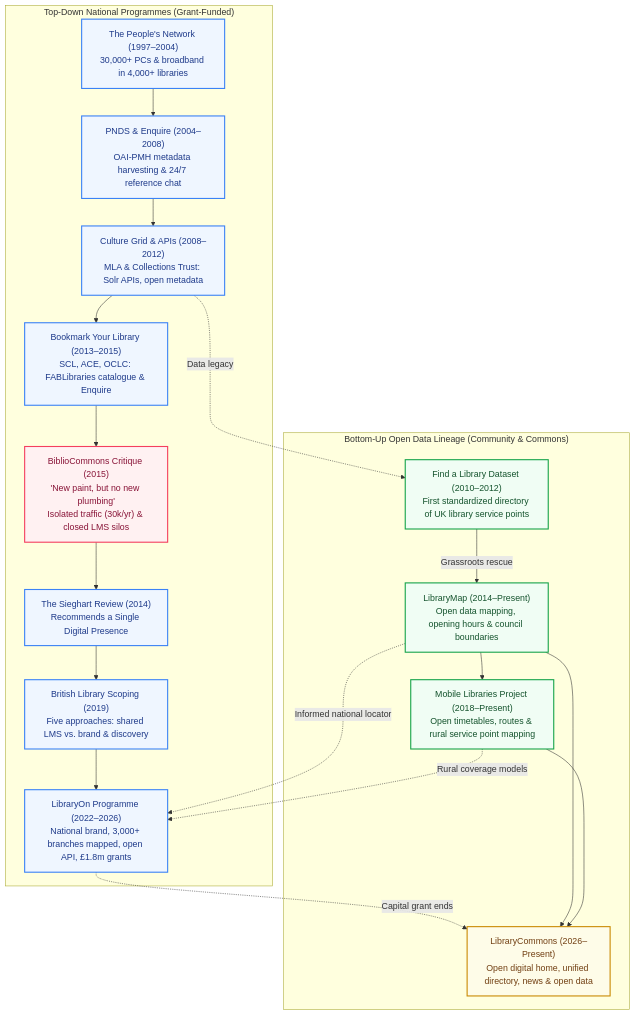
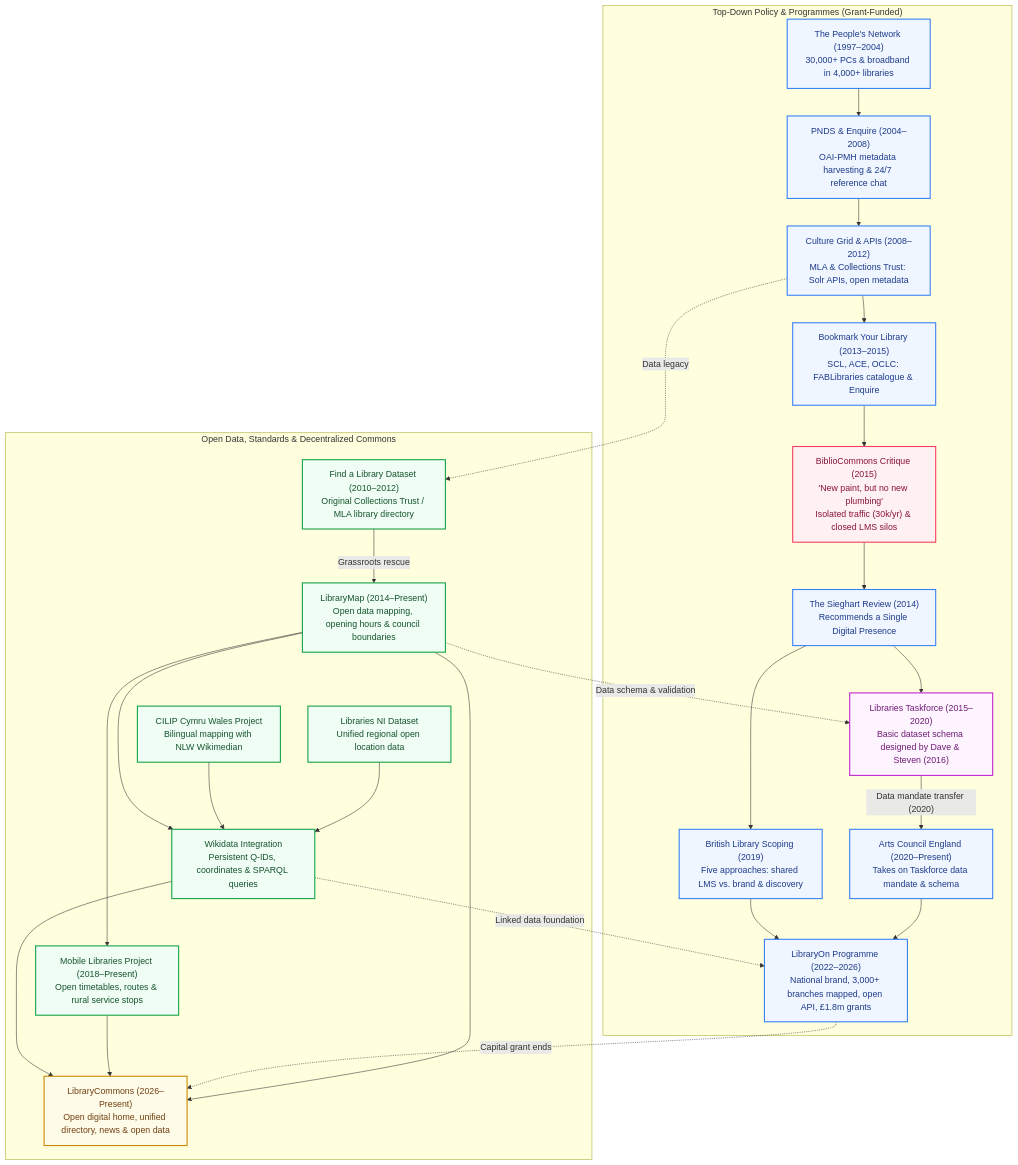
One commit to LibrariesHacked/uk-public-library-policy-archive changed the diagram in docs/blog-single-digital-presence-history.md. Above: the diagram before and after it, drawn with Mermaid. The commit also changed other lines of this file, not shown here.

Commit message:
Integrate Taskforce, CILIP Wales, Libraries NI, Wikidata, and ACE data lineage

````diff
--- a/docs/blog-single-digital-presence-history.md
+++ b/docs/blog-single-digital-presence-history.md
@@ -26,40 +27,56 @@
 ```mermaid
 flowchart TD
-    subgraph TOPDOWN ["Top-Down National Programmes (Grant-Funded)"]
+    subgraph TOPDOWN ["Top-Down Policy & Programmes (Grant-Funded)"]
         PN["The People's Network (1997–2004)<br/>30,000+ PCs & broadband in 4,000+ libraries"]
         PNDS["PNDS & Enquire (2004–2008)<br/>OAI-PMH metadata harvesting & 24/7 reference chat"]
         CG["Culture Grid & APIs (2008–2012)<br/>MLA & Collections Trust: Solr APIs, open metadata"]
         BYL["Bookmark Your Library (2013–2015)<br/>SCL, ACE, OCLC: FABLibraries catalogue & Enquire"]
         FAIL["BiblioCommons Critique (2015)<br/>'New paint, but no new plumbing'<br/>Isolated traffic (30k/yr) & closed LMS silos"]
         SR["The Sieghart Review (2014)<br/>Recommends a Single Digital Presence"]
+        TF["Libraries Taskforce (2015–2020)<br/>Basic dataset schema designed by Dave & Steven (2016)"]
+        ACE["Arts Council England (2020–Present)<br/>Takes on Taskforce data mandate & schema"]
         BL5["British Library Scoping (2019)<br/>Five approaches: shared LMS vs. brand & discovery"]
         LON["LibraryOn Programme (2022–2026)<br/>National brand, 3,000+ branches mapped, open API, £1.8m grants"]
     end
 
-    subgraph OPENDATA ["Bottom-Up Open Data Lineage (Community & Commons)"]
-        FAL["Find a Library Dataset (2010–2012)<br/>First standardized directory of UK library service points"]
+    subgraph OPENDATA ["Open Data, Standards & Decentralized Commons"]
+        FAL["Find a Library Dataset (2010–2012)<br/>Original Collections Trust / MLA library directory"]
         LMAP["LibraryMap (2014–Present)<br/>Open data mapping, opening hours & council boundaries"]
-        MOBLIB["Mobile Libraries Project (2018–Present)<br/>Open timetables, routes & rural service point mapping"]
+        WIKI["Wikidata Integration<br/>Persistent Q-IDs, coordinates & SPARQL queries"]
+        WALES["CILIP Cymru Wales Project<br/>Bilingual mapping with NLW Wikimedian"]
+        LNI["Libraries NI Dataset<br/>Unified regional open location data"]
+        MOBLIB["Mobile Libraries Project (2018–Present)<br/>Open timetables, routes & rural service stops"]
         LC["LibraryCommons (2026–Present)<br/>Open digital home, unified directory, news & open data"]
     end
 
-    PN --> PNDS --> CG --> BYL --> FAIL --> SR --> BL5 --> LON
+    PN --> PNDS --> CG --> BYL --> FAIL --> SR --> TF
     CG -.->|"Data legacy"| FAL
     FAL -->|"Grassroots rescue"| LMAP
+    TF -->|"Data mandate transfer (2020)"| ACE
+    SR --> BL5 --> LON
+    ACE --> LON
+    
+    LMAP --> WIKI
+    WALES --> WIKI
+    LNI --> WIKI
     LMAP --> MOBLIB
-    LMAP -.->|"Informed national locator"| LON
-    MOBLIB -.->|"Rural coverage models"| LON
+    WIKI --> LC
+    MOBLIB --> LC
+    
+    LMAP -.->|"Data schema & validation"| TF
+    WIKI -.->|"Linked data foundation"| LON
     LON -.->|"Capital grant ends"| LC
     LMAP --> LC
-    MOBLIB --> LC
 
     classDef top fill:#eff6ff,stroke:#3b82f6,stroke-width:2px,color:#1e3a8a;
     classDef critique fill:#fff1f2,stroke:#f43f5e,stroke-width:2px,color:#881337;
+    classDef taskforce fill:#fdf4ff,stroke:#c026d3,stroke-width:2px,color:#701a75;
     classDef open fill:#f0fdf4,stroke:#16a34a,stroke-width:2px,color:#14532d;
     classDef commons fill:#fefce8,stroke:#ca8a04,stroke-width:2px,color:#713f12;
 
-    class PN,PNDS,CG,BYL,SR,BL5,LON top;
+    class PN,PNDS,CG,BYL,SR,BL5,LON,ACE top;
     class FAIL critique;
-    class FAL,LMAP,MOBLIB open;
+    class TF taskforce;
+    class FAL,LMAP,WIKI,WALES,LNI,MOBLIB open;
     class LC commons;
 ```
````
